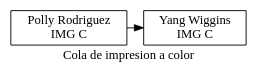
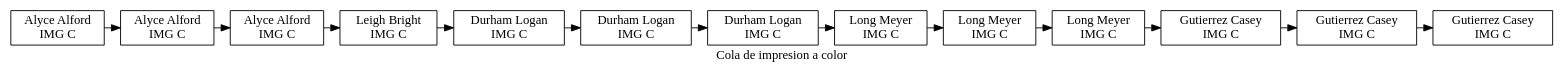
The diagram in [EDD]PROYECTO_FASE1_201900716/Proyecto1_Edd/impresoraC.dot (Kelly901/EDD_PROYECTO_FASE1_201900716), drawn with Graphviz before and after one commit. The commit also changed 23 other files, not shown here.

```diff
--- a/[EDD]PROYECTO_FASE1_201900716/Proyecto1_Edd/impresoraC.dot
+++ b/[EDD]PROYECTO_FASE1_201900716/Proyecto1_Edd/impresoraC.dot
@@ -1,13 +1,46 @@
 digraph G{
 label="Cola de impresion a color";
 node[shape=box];
-n1247233941[label="Polly Rodriguez
+n1927950199[label="Alyce Alford
 IMG C "];
-n258952499[label="Yang Wiggins
+n868693306[label="Alyce Alford
+IMG C "];
+n1746572565[label="Alyce Alford
+IMG C "];
+n989110044[label="Leigh Bright
+IMG C "];
+n424058530[label="Durham Logan
+IMG C "];
+n321001045[label="Durham Logan
+IMG C "];
+n791452441[label="Durham Logan
+IMG C "];
+n834600351[label="Long Meyer
+IMG C "];
+n471910020[label="Long Meyer
+IMG C "];
+n531885035[label="Long Meyer
+IMG C "];
+n1418481495[label="Gutierrez Casey
+IMG C "];
+n303563356[label="Gutierrez Casey
+IMG C "];
+n135721597[label="Gutierrez Casey
 IMG C "];
 
 {rank=same;
-n1247233941->n258952499;
+n1927950199->n868693306;
+n868693306->n1746572565;
+n1746572565->n989110044;
+n989110044->n424058530;
+n424058530->n321001045;
+n321001045->n791452441;
+n791452441->n834600351;
+n834600351->n471910020;
+n471910020->n531885035;
+n531885035->n1418481495;
+n1418481495->n303563356;
+n303563356->n135721597;
 
 }
 }
```
